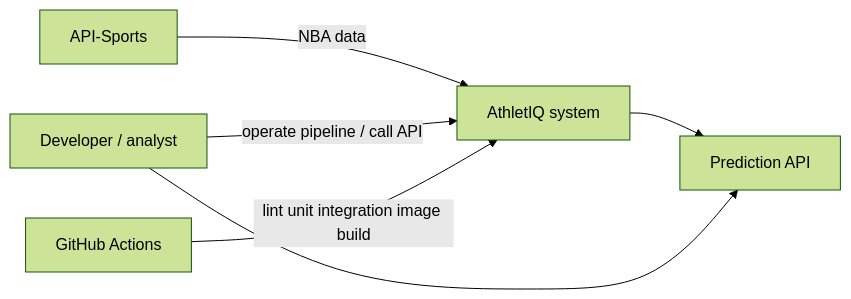
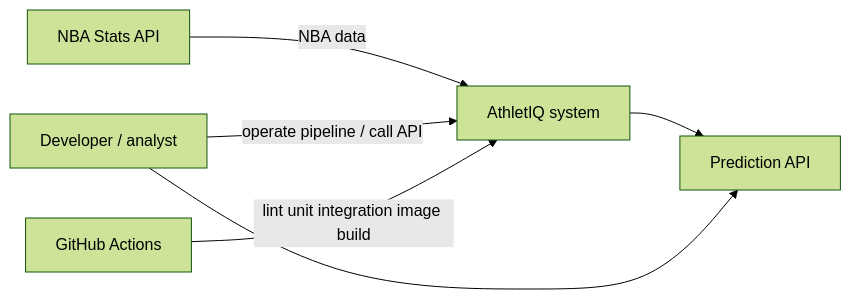
The first of 4 diagrams in docs/04-architecture/system-architecture.md (RoeeHadar/AthletIQ), drawn with Mermaid (forest theme) before and after one commit. The commit also changed other lines of this file and 31 other files, not shown here.

First line of the commit message:
Bind live NBA ingest to the no-key NBA Stats API.

````diff
--- a/docs/04-architecture/system-architecture.md
+++ b/docs/04-architecture/system-architecture.md
@@ -26,14 +26,14 @@
 ```mermaid
 flowchart LR
-  Provider[API-Sports]
+  Provider[NBA Stats API]
   Dev[Developer / analyst]
   AthletIQ[AthletIQ system]
   PredAPI[Prediction API]
   GHA[GitHub Actions]
 
   Provider -->|NBA data| AthletIQ
   Dev -->|operate pipeline / call API| AthletIQ
   AthletIQ --> PredAPI
   Dev --> PredAPI
   GHA -->|lint unit integration image build| AthletIQ
 ```
````
